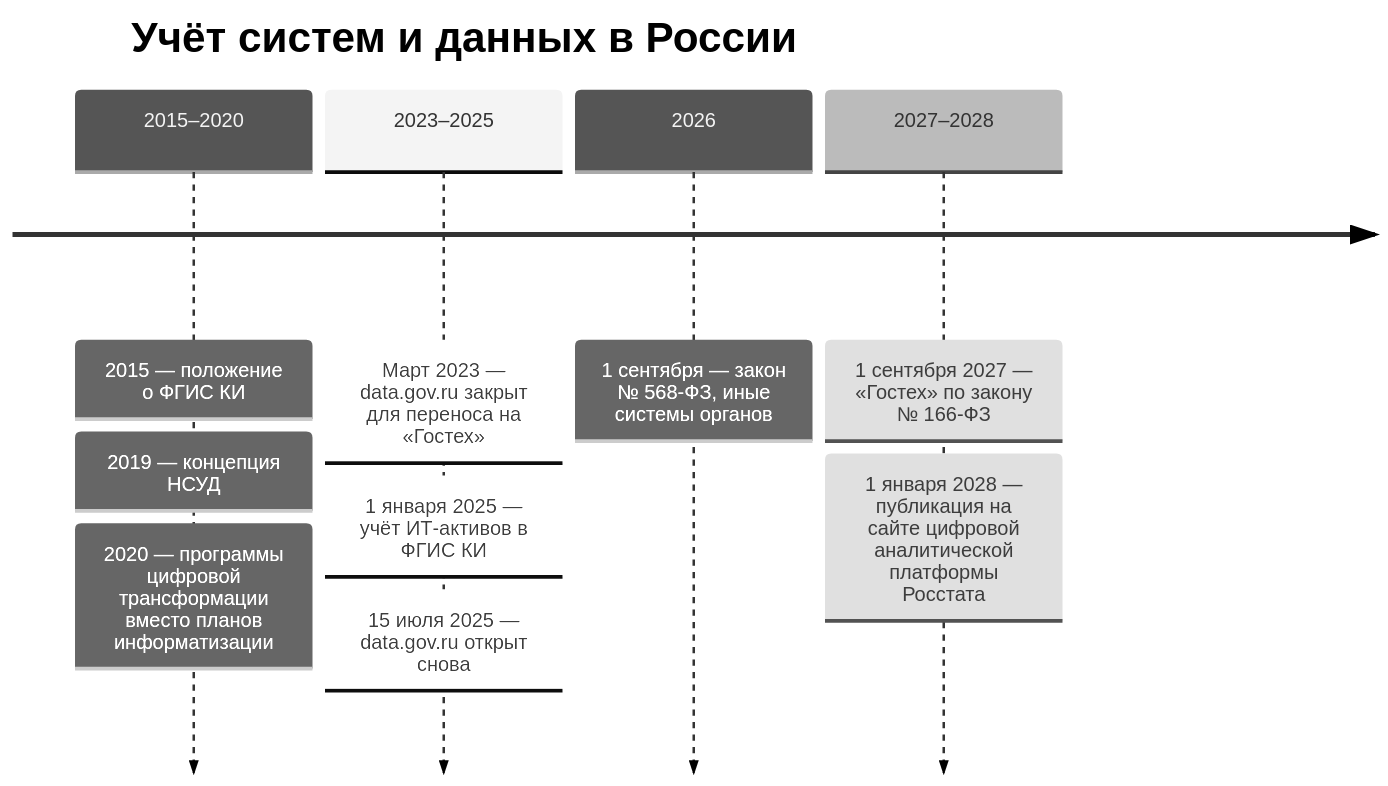
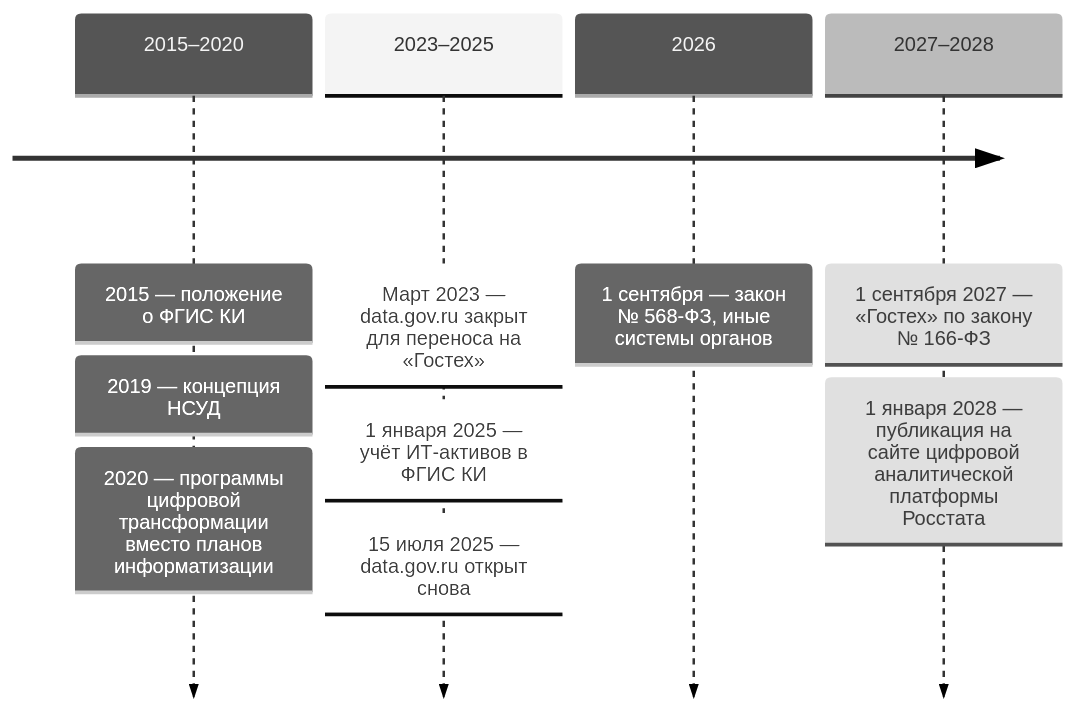
One commit to ivbeg/data-inventory changed the second of 2 diagrams in docs/07-countries/02-russia.md. Above: the diagram before and after it, drawn with Mermaid (neutral theme). The commit also changed other lines of this file and 34 other files, not shown here.

First line of the commit message:
Читаемая карта от продукта и единый размер схем в PDF

````diff
--- a/docs/07-countries/02-russia.md
+++ b/docs/07-countries/02-russia.md
@@ -52,8 +52,13 @@
 ```mermaid
+---
+config:
+  timeline:
+    leftMargin: 0
+    padding: 10
+---
 timeline
-  title Учёт систем и данных в России
   2015–2020 : 2015 — положение о ФГИС КИ : 2019 — концепция НСУД : 2020 — программы цифровой трансформации вместо планов информатизации
   2023–2025 : Март 2023 — data.gov.ru закрыт для переноса на «Гостех» : 1 января 2025 — учёт ИТ-активов в ФГИС КИ : 15 июля 2025 — data.gov.ru открыт снова
   2026 : 1 сентября — закон № 568-ФЗ, иные системы органов
   2027–2028 : 1 сентября 2027 — «Гостех» по закону № 166-ФЗ : 1 января 2028 — публикация на сайте цифровой аналитической платформы Росстата
 ```
````
